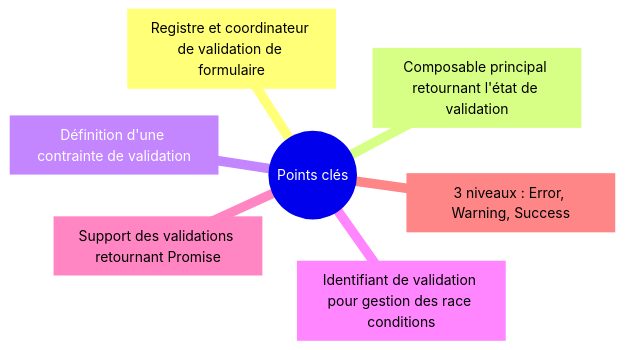
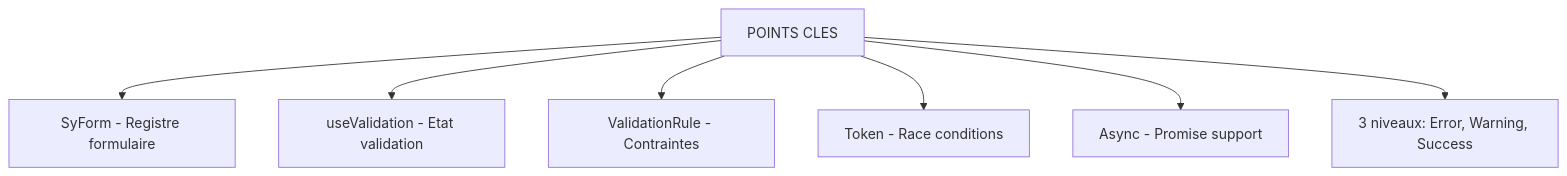
One commit to assurance-maladie-digital/design-system-v3 changed the ninth of 9 diagrams in VALIDATION_SYSTEM_GUIDE.md. Above: the diagram before and after it, drawn with Mermaid. The commit also changed other lines of this file, not shown here.

Commit message:
VALIDATION_SYSTEM_GUIDE: simplify mermaid diagrams and improve readability

````diff
--- a/VALIDATION_SYSTEM_GUIDE.md
+++ b/VALIDATION_SYSTEM_GUIDE.md
@@ -399,10 +378,11 @@
 ```mermaid
-mindmap
-  root((Points clés))
-    SyForm["Registre et coordinateur de validation de formulaire"]
-    useValidation["Composable principal retournant l'état de validation"]
-    ValidationRule["Définition d'une contrainte de validation"]
-    Token["Identifiant de validation pour gestion des race conditions"]
-    Async["Support des validations retournant Promise"]
-    Niveaux["3 niveaux : Error, Warning, Success"]
+flowchart TD
+    Root["POINTS CLES"]
+    
+    Root --> SyForm["SyForm - Registre formulaire"]
+    Root --> useValidation["useValidation - Etat validation"]
+    Root --> ValidationRule["ValidationRule - Contraintes"]
+    Root --> Token["Token - Race conditions"]
+    Root --> Async["Async - Promise support"]
+    Root --> Niveaux["3 niveaux: Error, Warning, Success"]
 ```
````
